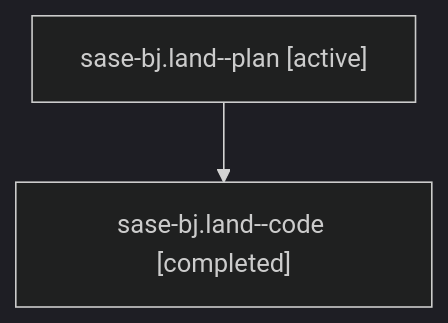
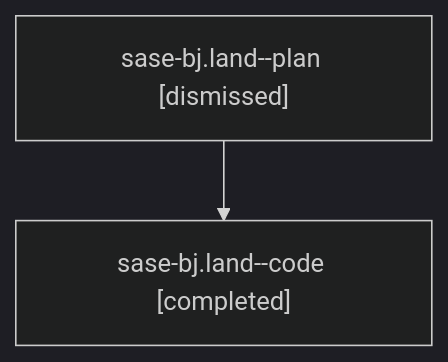
Before and after one commit to sase-org/sase--agents: the diagram in sessions/bbugyi200.athena.sase-bj.land.md, drawn with Mermaid (dark theme). The commit also changed other lines of this file and 30 other files, not shown here.

````diff
--- a/sessions/bbugyi200.athena.sase-bj.land.md
+++ b/sessions/bbugyi200.athena.sase-bj.land.md
@@ -9,6 +9,6 @@
 ```mermaid
 flowchart TD
-  n0["sase-bj.land--plan [active]"]
+  n0["sase-bj.land--plan [dismissed]"]
   n1["sase-bj.land--code [completed]"]
   n0 --> n1
 ```
````
